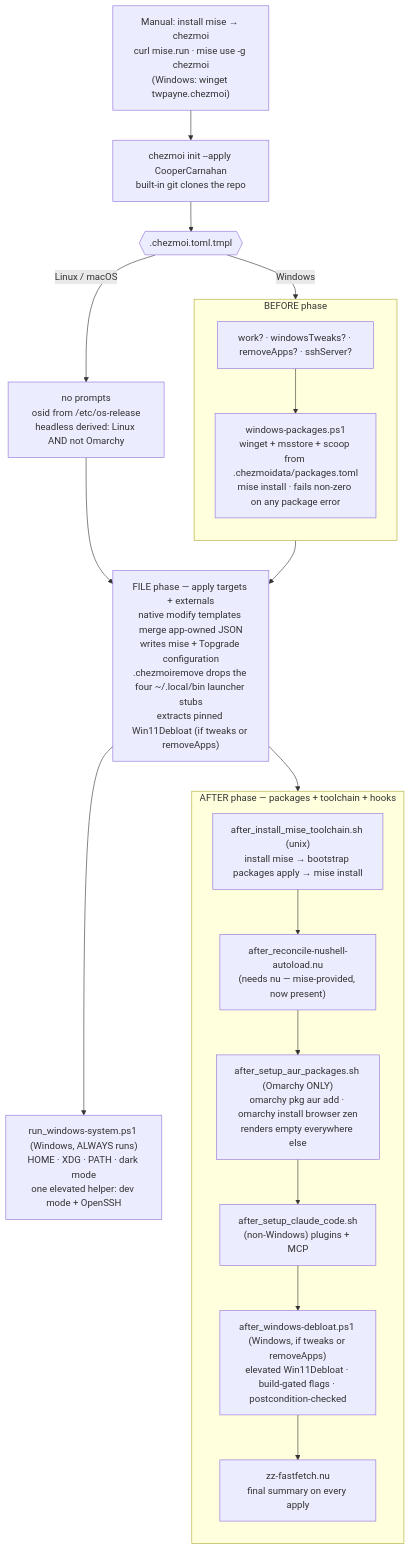
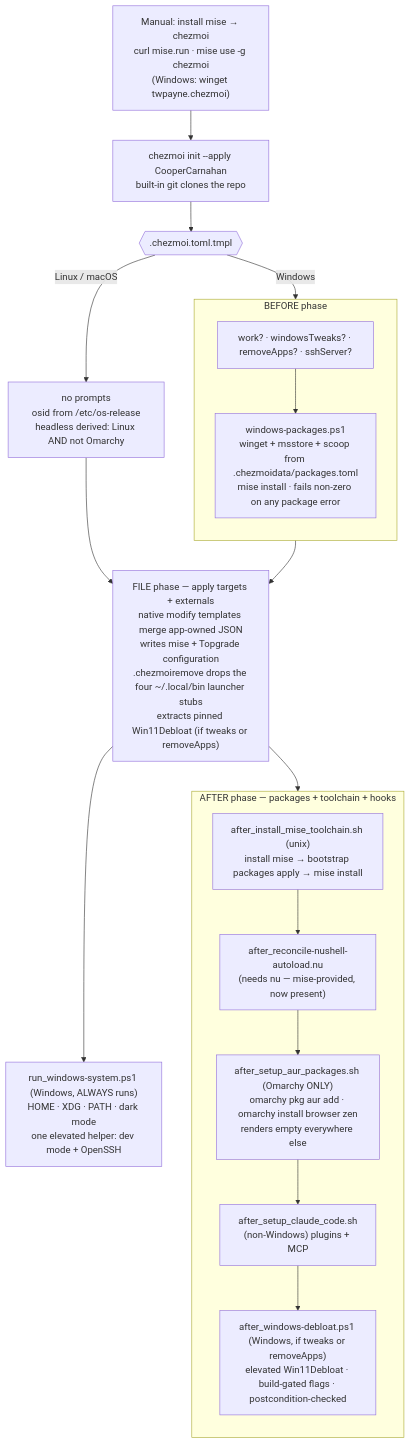
Before and after one commit to CooperCarnahan/dotfiles: the diagram in README.md, drawn with Mermaid. The commit also changed 2 other files, not shown here.

Commit message:
chore: remove fastfetch script + runner
YAGNI -- was adding very little but required some dependency hoops to
jump through. Running fastfetch by hand is easy enough

````diff
--- a/README.md
+++ b/README.md
@@ -207,34 +207,32 @@
 ```mermaid
 flowchart TD
     A["Manual: install mise → chezmoi<br/>curl mise.run · mise use -g chezmoi<br/>(Windows: winget twpayne.chezmoi)"]
     A --> B["chezmoi init --apply CooperCarnahan<br/>built-in git clones the repo"]
     B --> C{{".chezmoi.toml.tmpl"}}
     C -->|Windows| Pw["work? · windowsTweaks? · removeApps? · sshServer?"]
     C -->|"Linux / macOS"| Pu["no prompts<br/>osid from /etc/os-release<br/>headless derived: Linux AND not Omarchy"]
 
     subgraph BEFORE["BEFORE phase"]
       direction TB
       Pw --> Bw["windows-packages.ps1<br/>winget + msstore + scoop from .chezmoidata/packages.toml<br/>mise install · fails non-zero on any package error"]
     end
 
     Bw --> Main
     Pu --> Main
     Main["FILE phase — apply targets + externals<br/>native modify templates merge app-owned JSON<br/>writes mise + Topgrade configuration<br/>.chezmoiremove drops the four ~/.local/bin launcher stubs<br/>extracts pinned Win11Debloat (if tweaks or removeApps)"]
     Main --> Sys["run_windows-system.ps1 (Windows, ALWAYS runs)<br/>HOME · XDG · PATH · dark mode<br/>one elevated helper: dev mode + OpenSSH"]
 
     subgraph AFTER["AFTER phase — packages + toolchain + hooks"]
       direction TB
       Tl["after_install_mise_toolchain.sh (unix)<br/>install mise → bootstrap packages apply → mise install"]
       Nu["after_reconcile-nushell-autoload.nu<br/>(needs nu — mise-provided, now present)"]
       Aur["after_setup_aur_packages.sh (Omarchy ONLY)<br/>omarchy pkg aur add · omarchy install browser zen<br/>renders empty everywhere else"]
       Cc["after_setup_claude_code.sh<br/>(non-Windows) plugins + MCP"]
       Wd["after_windows-debloat.ps1 (Windows, if tweaks or removeApps)<br/>elevated Win11Debloat · build-gated flags · postcondition-checked"]
-      Ff["zz-fastfetch.nu<br/>final summary on every apply"]
     end
     Main --> Tl
     Tl --> Nu
     Nu --> Aur
     Aur --> Cc
     Cc --> Wd
-    Wd --> Ff
 ```
````
